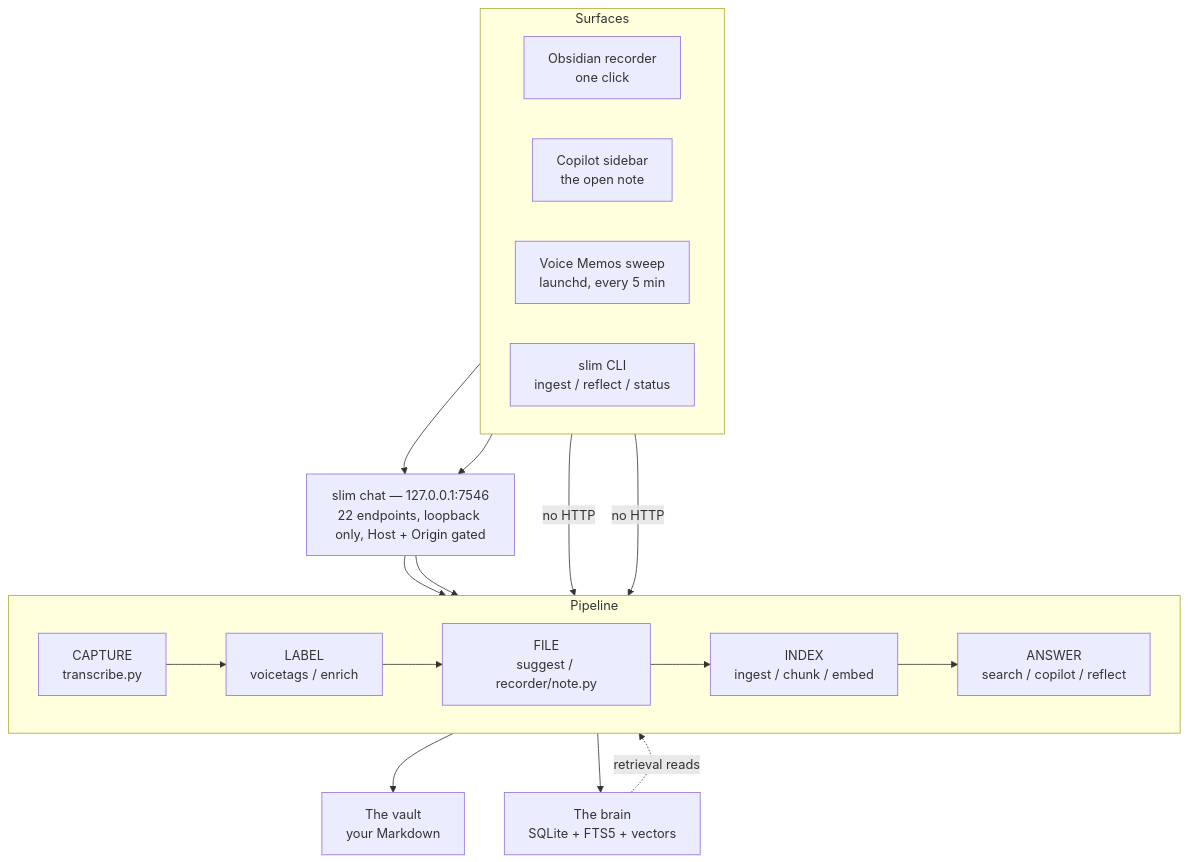
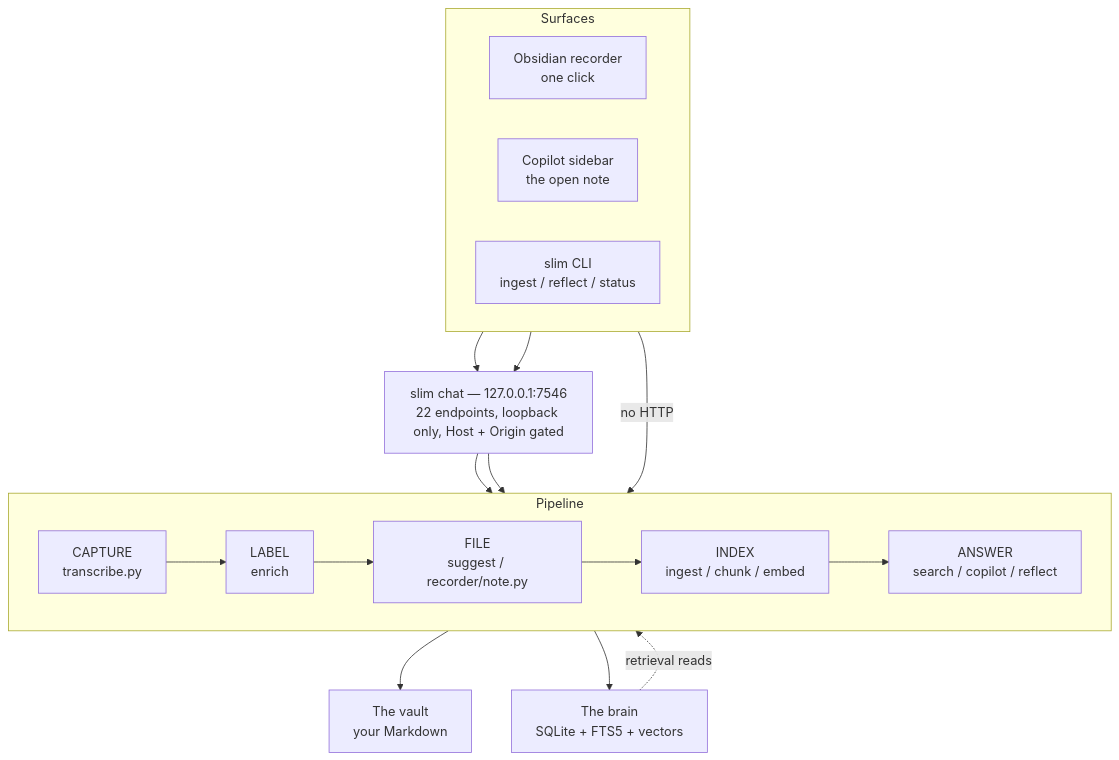
Before and after one commit to TimurAkhtemov/slim-obsidian: the first of 4 diagrams in README.md, drawn with Mermaid. The commit also changed other lines of this file and 25 other files, not shown here.

First line of the commit message:
cut the Voice Memos lane

````diff
--- a/README.md
+++ b/README.md
@@ -42,33 +42,31 @@
 ```mermaid
 flowchart TB
     subgraph S["Surfaces"]
         direction LR
         REC["Obsidian recorder<br/>one click"]
         COP["Copilot sidebar<br/>the open note"]
-        MEM["Voice Memos sweep<br/>launchd, every 5 min"]
         CLI["slim CLI<br/>ingest / reflect / status"]
     end
 
     SRV["slim chat — 127.0.0.1:7546<br/>22 endpoints, loopback only, Host + Origin gated"]
 
     subgraph P["Pipeline"]
         direction LR
-        CAP["CAPTURE<br/>transcribe.py"] --> LAB["LABEL<br/>voicetags / enrich"]
+        CAP["CAPTURE<br/>transcribe.py"] --> LAB["LABEL<br/>enrich"]
         LAB --> FIL["FILE<br/>suggest / recorder/note.py"]
         FIL --> IDX["INDEX<br/>ingest / chunk / embed"]
         IDX --> ANS["ANSWER<br/>search / copilot / reflect"]
     end
 
     VAULT["The vault<br/>your Markdown"]
     BRAIN["The brain<br/>SQLite + FTS5 + vectors"]
 
     REC --> SRV
     COP --> SRV
     SRV --> CAP
     SRV --> ANS
-    MEM -- "no HTTP" --> CAP
     CLI -- "no HTTP" --> IDX
     FIL --> VAULT
     IDX --> BRAIN
     BRAIN -. "retrieval reads" .-> ANS
 ```
````
